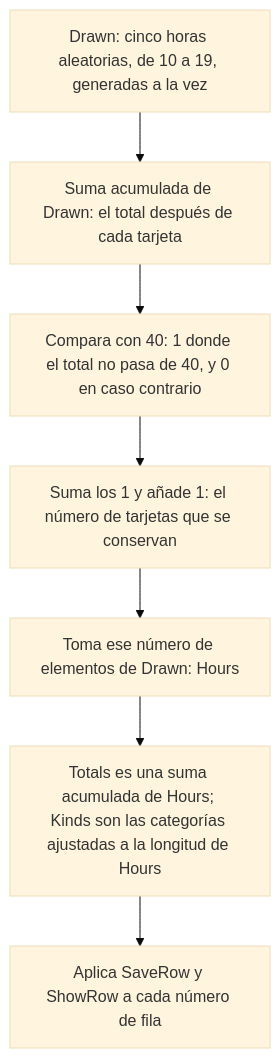
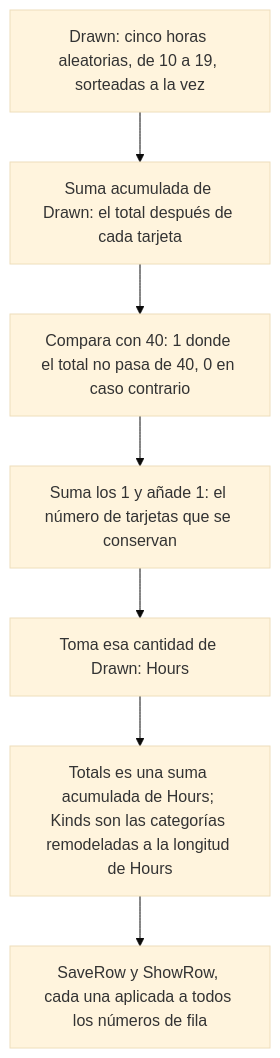
Before and after one commit to dullroar/aprende-a-programar-como-un-bicho-raro: the first of 2 diagrams in lessons/guias-de-estudio/lenguajes/apl.md, drawn with Mermaid (base theme). The commit also changed other lines of this file and 18 other files, not shown here.

Commit message:
loop(P4-src-3): RustChallenge1, apl-weird, apl entry READMEs translated (176 segments); waivers EXC-095..102; apl guide diagrams re-synced from the apl README

````diff
--- a/lessons/guias-de-estudio/lenguajes/apl.md
+++ b/lessons/guias-de-estudio/lenguajes/apl.md
@@ -62,11 +62,11 @@
 ```mermaid
 flowchart TD
-    accTitle: apl: genera todos los valores al azar y deja que los arreglos decidan dónde parar
-    accDescr: Un diagrama de flujo de datos que pasan por operaciones sobre arreglos completos. Se generan de una vez cinco valores aleatorios de 10 a 19 horas. Una suma acumulada da el total después de cada tarjeta. Comparar los totales con 40 da unos y ceros. Sumar los unos y añadir uno cuenta las tarjetas que se conservan. Tomar ese número de tarjetas de las horas generadas da las horas conservadas. Los totales acumulados y los nombres de categoría, ajustados a la misma longitud, se derivan de ellas. Luego una función aplicada a cada número de fila guarda cada fila y muestra cada fila.
-    A["Drawn: cinco horas aleatorias, de 10 a 19, generadas a la vez"] --> B["Suma acumulada de Drawn: el total después de cada tarjeta"]
-    B --> C["Compara con 40: 1 donde el total no pasa de 40, y 0 en caso contrario"]
+    accTitle: apl: dibuja todo primero y luego deja que los arreglos decidan dónde parar
+    accDescr: Un diagrama de flujo de los datos a través de operaciones sobre arreglos completos. Se sortean cinco horas aleatorias de 10 a 19 de una sola vez. Una suma acumulada da el total después de cada tarjeta. Al comparar los totales con 40 se obtienen unos y ceros. Al sumar los unos y añadir uno se cuenta cuántas tarjetas se conservan. Al tomar esa cantidad de tarjetas de las horas sorteadas se obtienen las horas conservadas. De ellas se derivan los totales acumulados y los nombres de las categorías, remodelados a la misma longitud. Después, una función aplicada a cada número de fila guarda cada fila y muestra cada fila.
+    A["Drawn: cinco horas aleatorias, de 10 a 19, sorteadas a la vez"] --> B["Suma acumulada de Drawn: el total después de cada tarjeta"]
+    B --> C["Compara con 40: 1 donde el total no pasa de 40, 0 en caso contrario"]
     C --> D["Suma los 1 y añade 1: el número de tarjetas que se conservan"]
-    D --> E["Toma ese número de elementos de Drawn: Hours"]
-    E --> F["Totals es una suma acumulada de Hours; Kinds son las categorías ajustadas a la longitud de Hours"]
-    F --> G["Aplica SaveRow y ShowRow a cada número de fila"]
+    D --> E["Toma esa cantidad de Drawn: Hours"]
+    E --> F["Totals es una suma acumulada de Hours; Kinds son las categorías remodeladas a la longitud de Hours"]
+    F --> G["SaveRow y ShowRow, cada una aplicada a todos los números de fila"]
 ```
````
